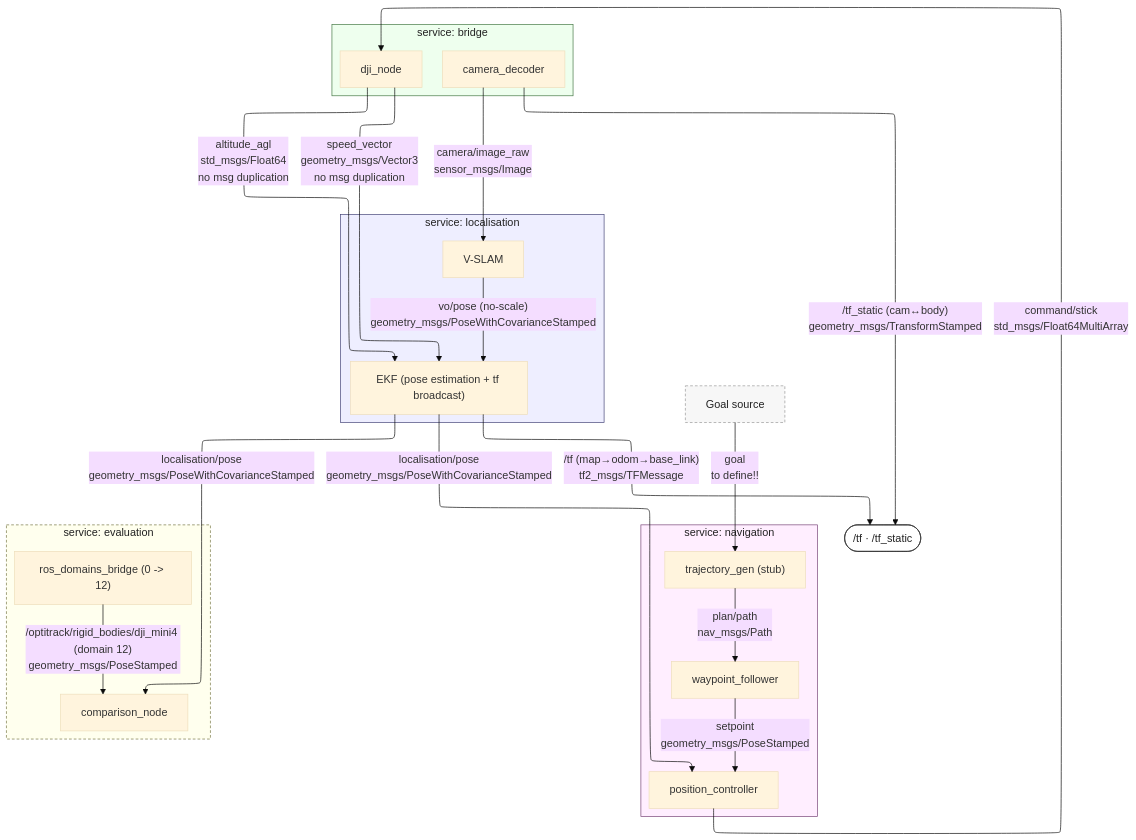
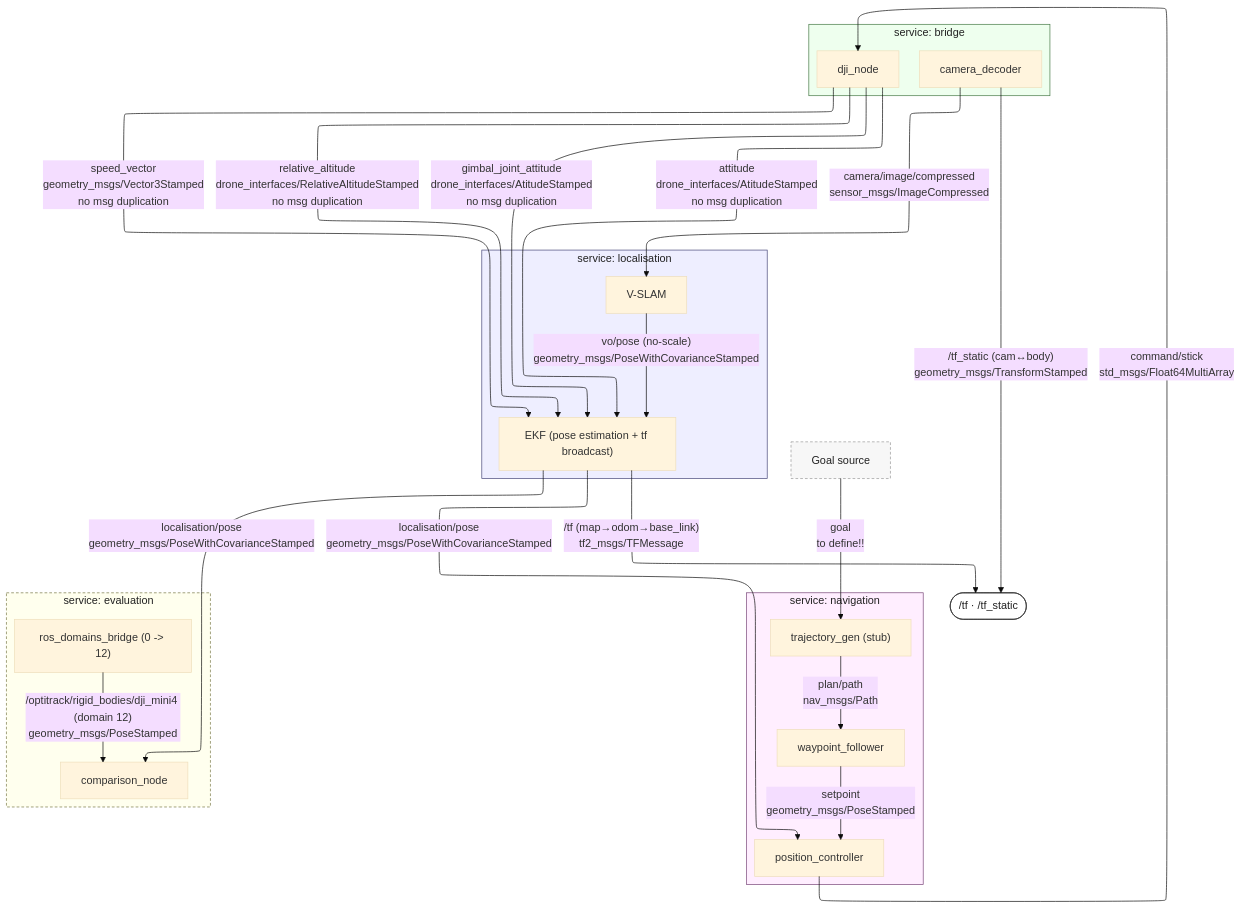
Before and after one commit to cristhianpoveda/path_planning_aerial_inspection: the diagram in docs/node_graph.mmd, drawn with Mermaid (base theme). The commit also changed 4 other files, not shown here.

```diff
--- a/docs/node_graph.mmd
+++ b/docs/node_graph.mmd
@@ -1,71 +1,73 @@
 ---
 config:
   layout: elk
 ---
 
 flowchart TB
 
     %% DEFINE GOAL SOURCE
     GOALSRC["Goal source"]
 
     %% BRIDGE service
     subgraph BRIDGE["service: bridge"]
         DJI["dji_node"]
         DEC["camera_decoder"]
     end
 
     %% LOCALISATION service
     subgraph LOC["service: localisation"]
         SLAM["V-SLAM"]
         EKF["EKF (pose estimation + tf broadcast)"]
     end
 
     %% NAVIGATION service
     subgraph NAV["service: navigation"]
         TRAJ["trajectory_gen (stub)"]
         WPF["waypoint_follower"]
         PC["position_controller"]
     end
 
     %% EVALUATION service (dev-only)
     subgraph EVAL["service: evaluation"]
         DB["ros_domains_bridge (0 -> 12)"]
         CMP["comparison_node"]
     end
 
     %% Just to show the relation to my nodes
     TF([" /tf · /tf_static "])
 
     %% --- perception ---
-    DEC -->|"camera/image_raw<br/>sensor_msgs/Image"| SLAM
+    DEC -->|"camera/image/compressed<br/>sensor_msgs/ImageCompressed"| SLAM
 
     %% --- telemetry into EKF (stamped with measurement time) ---
-    DJI -->|"speed_vector<br/>geometry_msgs/Vector3<br/>no msg duplication"| EKF
-    DJI -->|"altitude_agl<br/>std_msgs/Float64<br/>no msg duplication"| EKF
+    DJI -->|"speed_vector<br/>geometry_msgs/Vector3Stamped<br/>no msg duplication"| EKF
+    DJI -->|"relative_altitude<br/>drone_interfaces/RelativeAltitudeStamped<br/>no msg duplication"| EKF
+    DJI -->|"gimbal_joint_attitude<br/>drone_interfaces/AtitudeStamped<br/>no msg duplication"| EKF
+    DJI -->|"attitude<br/>drone_interfaces/AtitudeStamped<br/>no msg duplication"| EKF
 
     %% --- localisation internal + output ---
     SLAM -->|"vo/pose (no-scale)<br/>geometry_msgs/PoseWithCovarianceStamped"| EKF
     EKF -->|"localisation/pose<br/>geometry_msgs/PoseWithCovarianceStamped"| PC
 
     %% --- navigation chain ---
     GOALSRC -->|"goal<br/>to define!!"| TRAJ
     TRAJ -->|"plan/path<br/>nav_msgs/Path"| WPF
     WPF -->|"setpoint<br/>geometry_msgs/PoseStamped"| PC
     PC -->|"command/stick<br/>std_msgs/Float64MultiArray"| DJI
 
     %% --- evaluation (dev-only) ---
     EKF -->|"localisation/pose<br/>geometry_msgs/PoseWithCovarianceStamped"| CMP
     DB -->|"/optitrack/rigid_bodies/dji_mini4 (domain 12)<br/>geometry_msgs/PoseStamped"| CMP
 
     %% --- tf publications (broadcast bus) ---
     DEC -->|"/tf_static (cam&harr;body)<br/>geometry_msgs/TransformStamped"| TF
     EKF -->|"/tf (map&rarr;odom&rarr;base_link)<br/>tf2_msgs/TFMessage"| TF
 
     %% /telemetry/satellite_count if switches indoor and outdoor
 
     style BRIDGE fill:#efe,stroke:#474,color:#222
     style LOC fill:#eef,stroke:#447,color:#222
     style NAV fill:#fef,stroke:#747,color:#222
     style EVAL fill:#ffe,stroke:#774,color:#222,stroke-dasharray:4 3
     style GOALSRC fill:#f7f7f7,stroke:#999,color:#222,stroke-dasharray:4 3
     style TF fill:#fff,stroke:#333,color:#222
```
